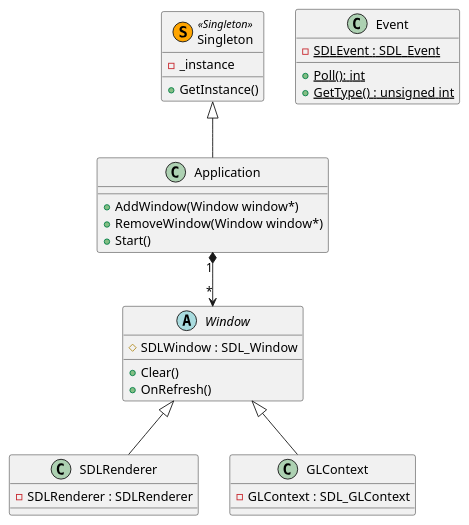
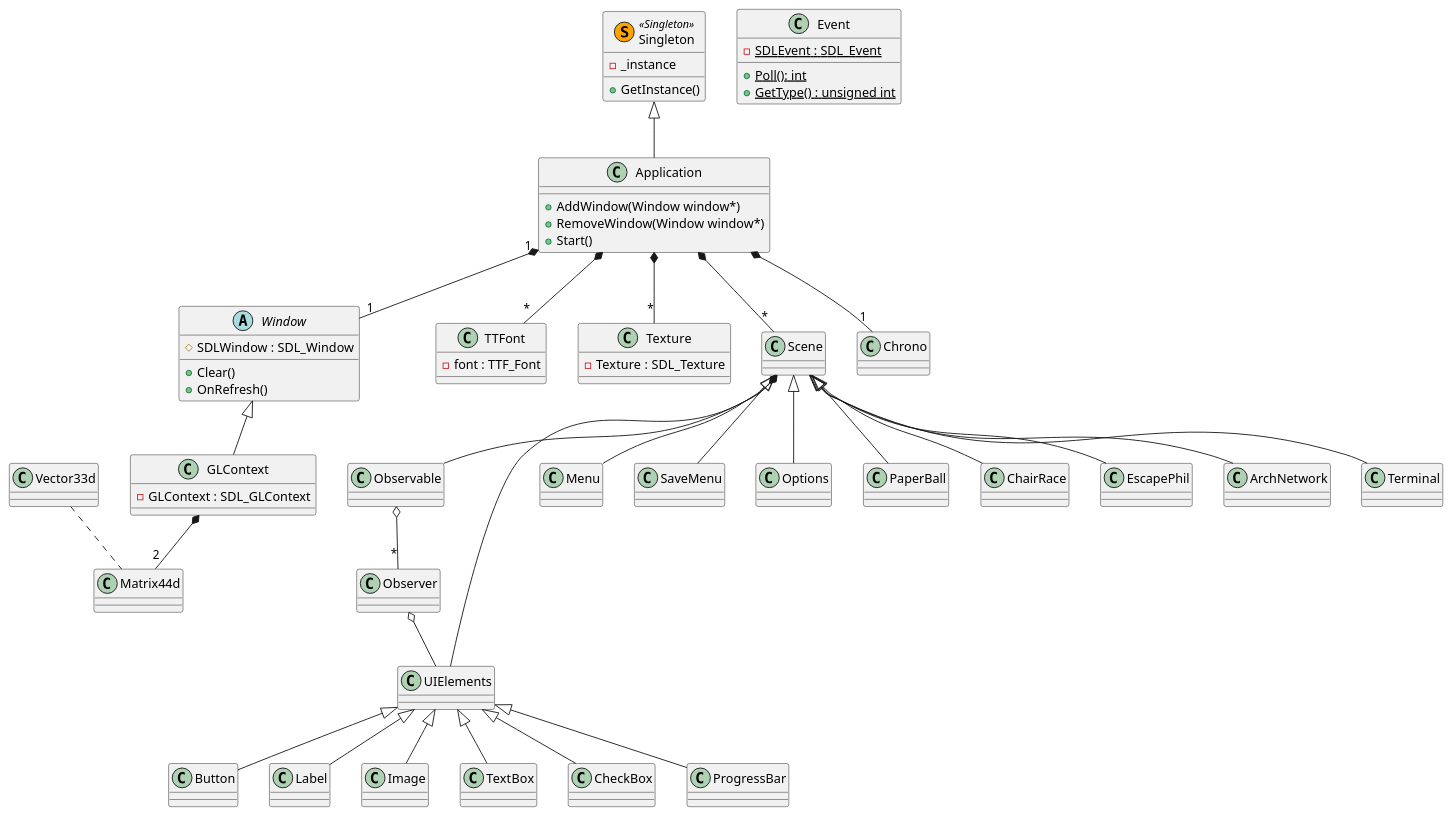
Before and after one commit to JGaouette/CEGEP-5: the diagram in Developpement_de_jeux_video_420-G56-JO/Projet/Partie_03_(Texturisation)/Diagrams/uml.puml, drawn with PlantUML. The commit also changed 9 other files, not shown here.

Commit message:
Creating font texture within Texture class and commenting

```diff
--- a/Developpement_de_jeux_video_420-G56-JO/Projet/Partie_03_(Texturisation)/Diagrams/uml.puml
+++ b/Developpement_de_jeux_video_420-G56-JO/Projet/Partie_03_(Texturisation)/Diagrams/uml.puml
@@ -1,38 +1,156 @@
 @startuml Class Diagram
 
 abstract class Window {
     # SDLWindow : SDL_Window
     + Clear() 
     + OnRefresh()
 }
 
-class SDLRenderer extends Window {
-    - SDLRenderer : SDLRenderer
-}
-
 class GLContext extends Window{
     - GLContext : SDL_GLContext
 }
 
+GLContext *--"2" Matrix44d
+
+class Observable {
+
+}
+
+Observable o--"*" Observer
+
+class Observer {
+
+}
+
+Observer o-- UIElements
 
 class Event {
     - {static}SDLEvent : SDL_Event
     + {static}Poll(): int
     + {static}GetType() : unsigned int
 }
 
 class Application extends Singleton{
     + AddWindow(Window window*)
     + RemoveWindow(Window window*)
     + Start()
 }
 
+Application "1" *-- "1" Window
+Application *--"*" TTFont
+Application *--"*" Texture
+Application *--"*" Scene
+Application *--"1" Chrono
+
 class Singleton << (S,orange) Singleton>> {
     - _instance
     + GetInstance()
 }
 
-Application "1" *--> "*" Window
+class TTFont {
+    - font : TTF_Font
+}
+
+class Texture {
+    - Texture : SDL_Texture
+}
+
+class Chrono {
+
+}
+
+class Matrix44d {
+
+}
+
+class Vector33d {
+
+}
+
+Vector33d .. Matrix44d
+
+class UIElements {
+
+}
+
+UIElements <|-- Button
+UIElements <|-- Label
+UIElements <|-- Image
+UIElements <|-- TextBox
+UIElements <|-- CheckBox
+UIElements <|-- ProgressBar
 
 
+class Button {
+
+}
+
+class CheckBox {
+
+}
+
+class Label {
+
+}
+
+
+class Image {
+
+}
+
+class ProgressBar {
+
+}
+
+class TextBox {
+
+}
+
+class Scene {
+
+}
+
+Scene *-- UIElements
+Scene *-- Observable
+Scene <|-- Menu
+Scene <|-- SaveMenu
+Scene <|-- Options
+Scene <|-- PaperBall
+Scene <|-- ChairRace
+Scene <|-- EscapePhil
+Scene <|-- ArchNetwork
+Scene <|-- Terminal
+
+class Menu {
+
+}
+
+class SaveMenu {
+
+}
+
+class Options {
+
+}
+
+class PaperBall {
+
+}
+
+class ChairRace {
+
+}
+
+class EscapePhil {
+
+}
+
+class ArchNetwork {
+
+}
+
+class Terminal {
+
+}
+
 @enduml
```
